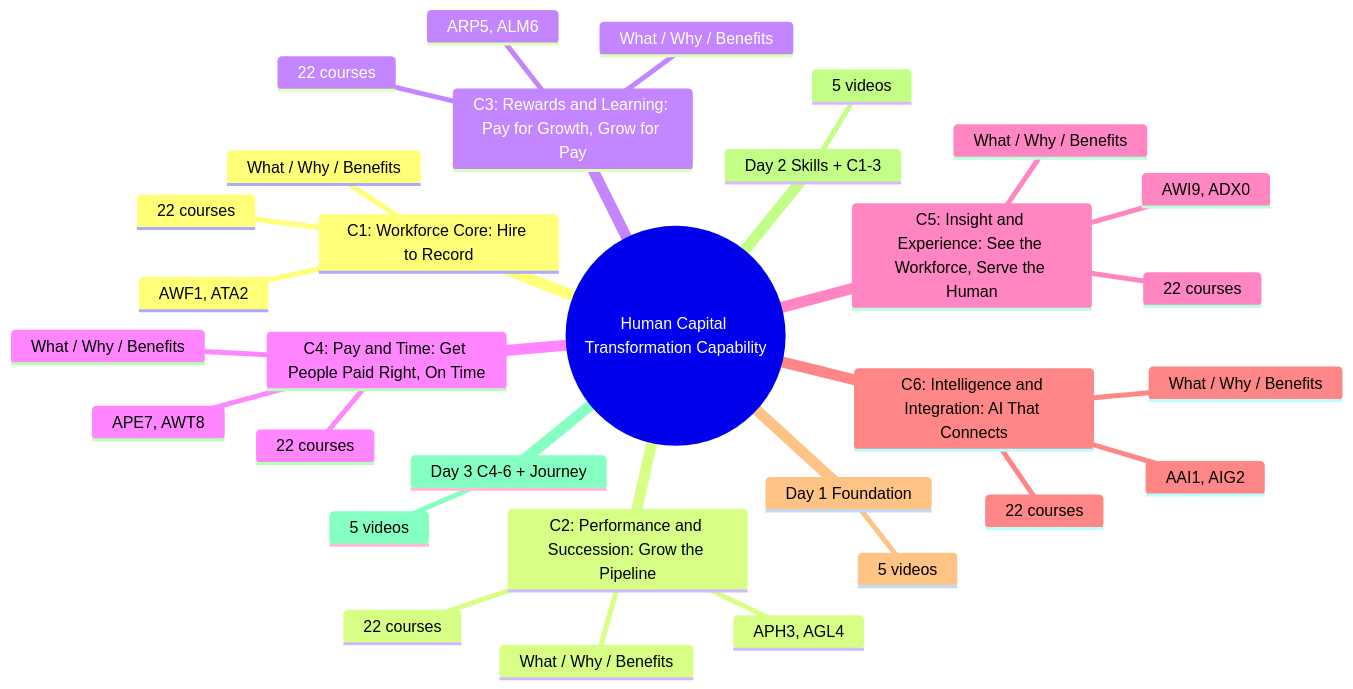
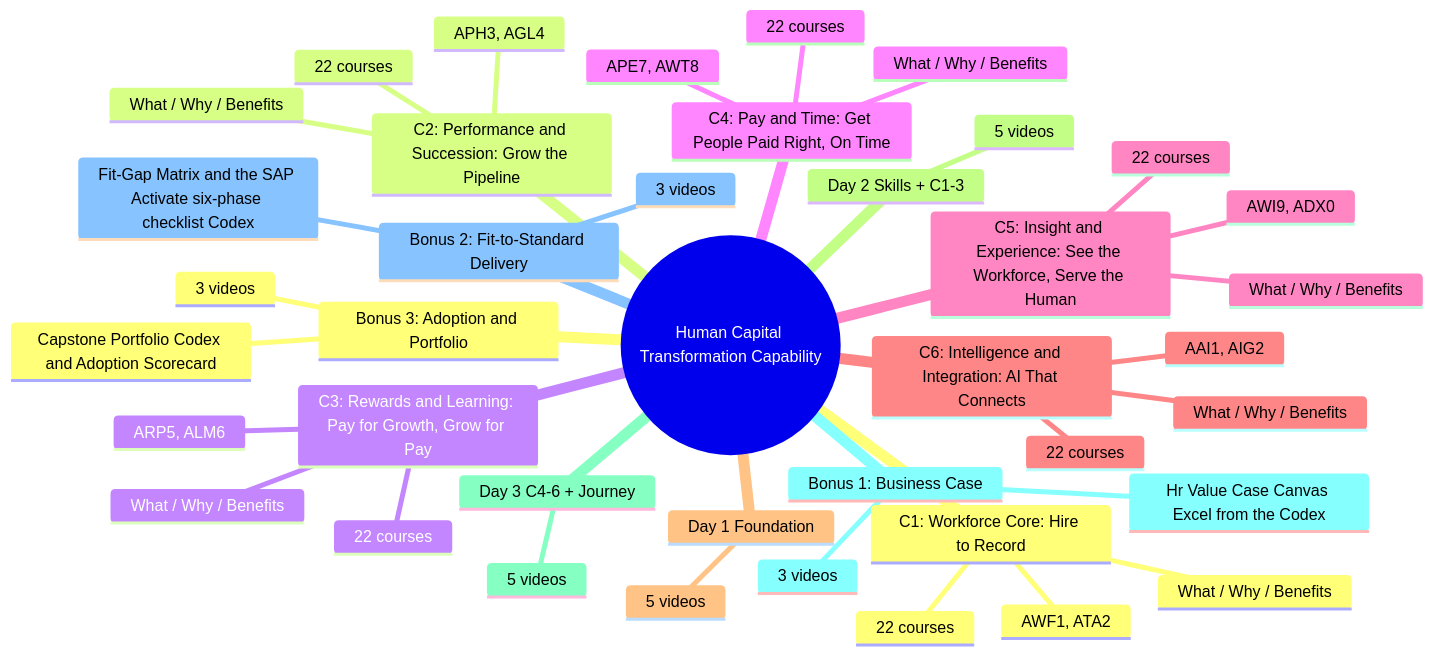
Before and after one commit to nbnayak88/learning-township: the diagram in 01-HR-Human-Capital-Capability-Academy-Workforce-Monday/HR-Human-Capital-Transformation-132-3-Day-Course/Course/Course_MindMap.md, drawn with Mermaid. The commit also changed 50 other files, not shown here.

First line of the commit message:
Add 3-bonus track (9 videos) to HR Human Capital Transformation course and update course-level files

````diff
--- a/01-HR-Human-Capital-Capability-Academy-Workforce-Monday/HR-Human-Capital-Transformation-132-3-Day-Course/Course/Course_MindMap.md
+++ b/01-HR-Human-Capital-Capability-Academy-Workforce-Monday/HR-Human-Capital-Transformation-132-3-Day-Course/Course/Course_MindMap.md
@@ -5,34 +5,43 @@
 ```mermaid
 mindmap
   root((Human Capital Transformation Capability))
     C1: Workforce Core: Hire to Record
       AWF1, ATA2
       22 courses
       What / Why / Benefits
     C2: Performance and Succession: Grow the Pipeline
       APH3, AGL4
       22 courses
       What / Why / Benefits
     C3: Rewards and Learning: Pay for Growth, Grow for Pay
       ARP5, ALM6
       22 courses
       What / Why / Benefits
     C4: Pay and Time: Get People Paid Right, On Time
       APE7, AWT8
       22 courses
       What / Why / Benefits
     C5: Insight and Experience: See the Workforce, Serve the Human
       AWI9, ADX0
       22 courses
       What / Why / Benefits
     C6: Intelligence and Integration: AI That Connects
       AAI1, AIG2
       22 courses
       What / Why / Benefits
     Day 1 Foundation
       5 videos
     Day 2 Skills + C1-3
       5 videos
     Day 3 C4-6 + Journey
       5 videos
+    Bonus 1: Business Case
+      3 videos
+      Hr Value Case Canvas Excel from the Codex
+    Bonus 2: Fit-to-Standard Delivery
+      3 videos
+      Fit-Gap Matrix and the SAP Activate six-phase checklist Codex
+    Bonus 3: Adoption and Portfolio
+      3 videos
+      Capstone Portfolio Codex and Adoption Scorecard
 ```
````
